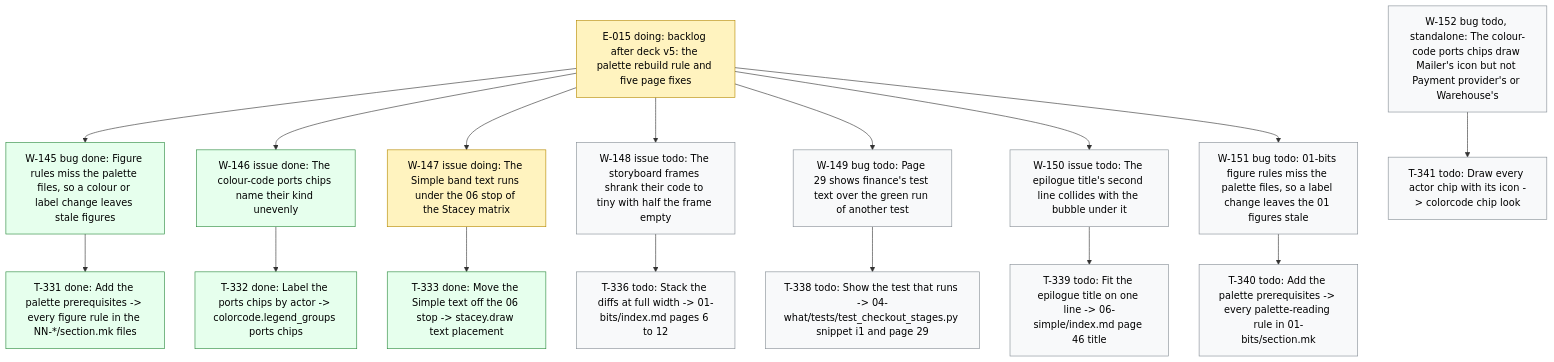
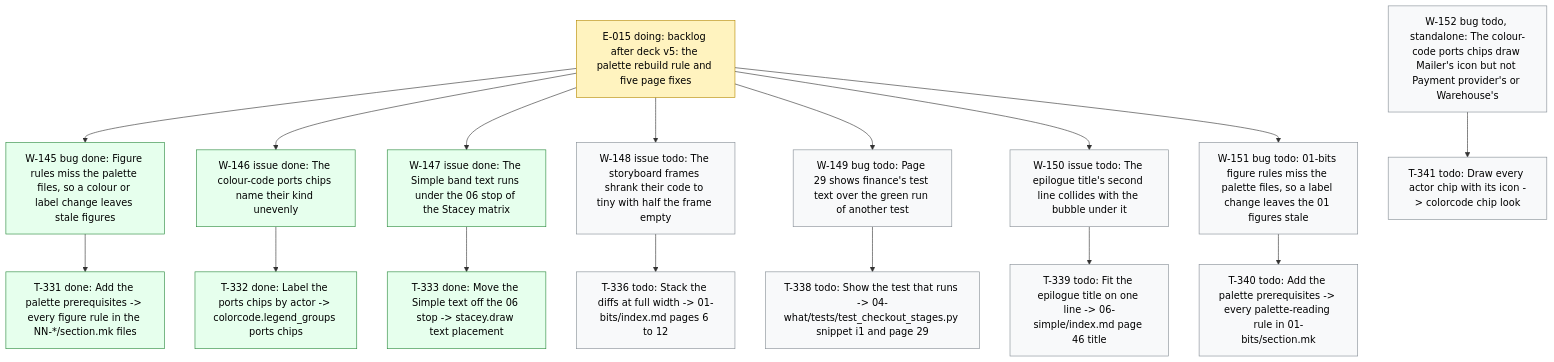
The diagram in .board/BOARD.md (dpopchev/chaos-to-simple), drawn with Mermaid before and after one commit. The commit also changed other lines of this file and 1 other file, not shown here.

Commit message:
chore(board): close W-147 -- landed
Refs: W-147

````diff
--- a/.board/BOARD.md
+++ b/.board/BOARD.md
@@ -861,28 +861,28 @@
 ```mermaid
 flowchart TD
   E015["E-015 doing: backlog after deck v5: the palette rebuild rule and five page fixes"]
   E015 --> W145["W-145 bug done: Figure rules miss the palette files, so a colour or label change leaves stale figures"]
   W145 --> T331["T-331 done: Add the palette prerequisites -> every figure rule in the NN-*/section.mk files"]
   E015 --> W146["W-146 issue done: The colour-code ports chips name their kind unevenly"]
   W146 --> T332["T-332 done: Label the ports chips by actor -> colorcode.legend_groups ports chips"]
-  E015 --> W147["W-147 issue doing: The Simple band text runs under the 06 stop of the Stacey matrix"]
+  E015 --> W147["W-147 issue done: The Simple band text runs under the 06 stop of the Stacey matrix"]
   W147 --> T333["T-333 done: Move the Simple text off the 06 stop -> stacey.draw text placement"]
   E015 --> W148["W-148 issue todo: The storyboard frames shrank their code to tiny with half the frame empty"]
   W148 --> T336["T-336 todo: Stack the diffs at full width -> 01-bits/index.md pages 6 to 12"]
   E015 --> W149["W-149 bug todo: Page 29 shows finance's test text over the green run of another test"]
   W149 --> T338["T-338 todo: Show the test that runs -> 04-what/tests/test_checkout_stages.py snippet i1 and page 29"]
   E015 --> W150["W-150 issue todo: The epilogue title's second line collides with the bubble under it"]
   W150 --> T339["T-339 todo: Fit the epilogue title on one line -> 06-simple/index.md page 46 title"]
   E015 --> W151["W-151 bug todo: 01-bits figure rules miss the palette files, so a label change leaves the 01 figures stale"]
   W151 --> T340["T-340 todo: Add the palette prerequisites -> every palette-reading rule in 01-bits/section.mk"]
   W152["W-152 bug todo, standalone: The colour-code ports chips draw Mailer's icon but not Payment provider's or Warehouse's"]
   W152 --> T341["T-341 todo: Draw every actor chip with its icon -> colorcode chip look"]
   classDef doing fill:#fff3bf,stroke:#b58900,color:#000;
   classDef blocked fill:#ffe3e3,stroke:#c92a2a,color:#000;
   classDef done fill:#e6ffed,stroke:#2b8a3e,color:#000;
   classDef todo fill:#f8f9fa,stroke:#868e96,color:#000;
   classDef pruned fill:#f1f3f5,stroke:#adb5bd,color:#000;
-  class E015,W147 doing
-  class W145,T331,W146,T332,T333 done
+  class E015 doing
+  class W145,T331,W146,T332,W147,T333 done
   class W148,T336,W149,T338,W150,T339,W151,T340,W152,T341 todo
 ```
````
